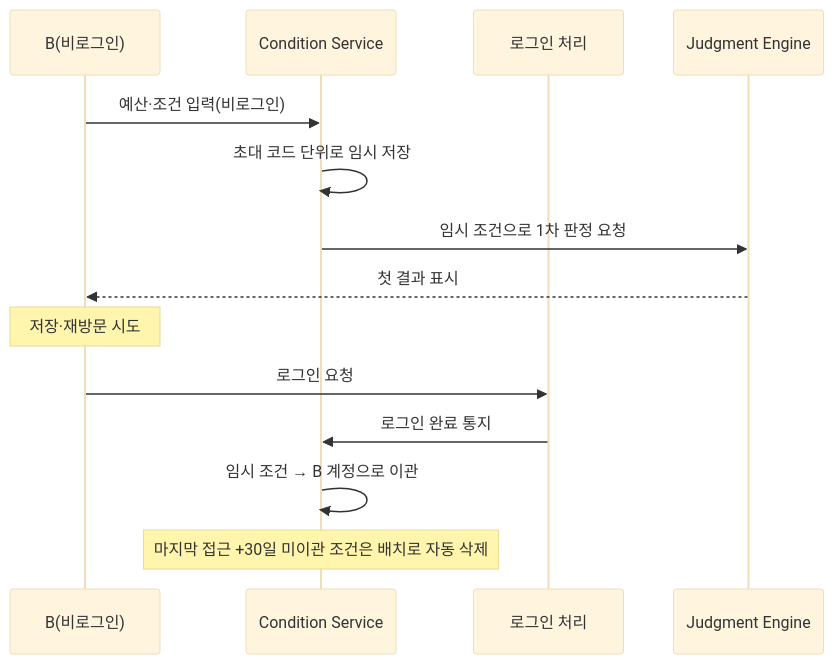
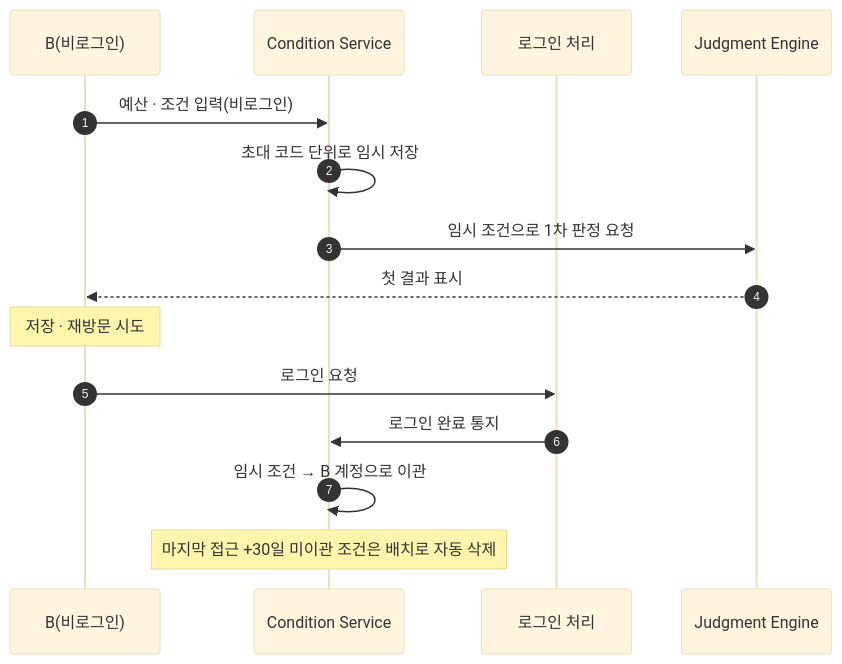
One commit to soobworks/SRS_project changed diagram 18 of 23 in SRS_project/같이보기-technical-design-v1_0.md. Above: the diagram before and after it, drawn with Mermaid (base theme). The commit also changed other lines of this file and 1 other file, not shown here.

````diff
--- a/SRS_project/같이보기-technical-design-v1_0.md
+++ b/SRS_project/같이보기-technical-design-v1_0.md
@@ -353,17 +773,18 @@
 ```mermaid
 sequenceDiagram
+    autonumber
     participant B as B(비로그인)
     participant CS as Condition Service
     participant Auth as 로그인 처리
     participant JE as Judgment Engine
 
-    B->>CS: 예산·조건 입력(비로그인)
+    B->>CS: 예산 · 조건 입력(비로그인)
     CS->>CS: 초대 코드 단위로 임시 저장
     CS->>JE: 임시 조건으로 1차 판정 요청
     JE-->>B: 첫 결과 표시
-    Note over B: 저장·재방문 시도
+    Note over B: 저장 · 재방문 시도
     B->>Auth: 로그인 요청
     Auth->>CS: 로그인 완료 통지
     CS->>CS: 임시 조건 → B 계정으로 이관
     Note over CS: 마지막 접근 +30일 미이관 조건은 배치로 자동 삭제
 ```
````
